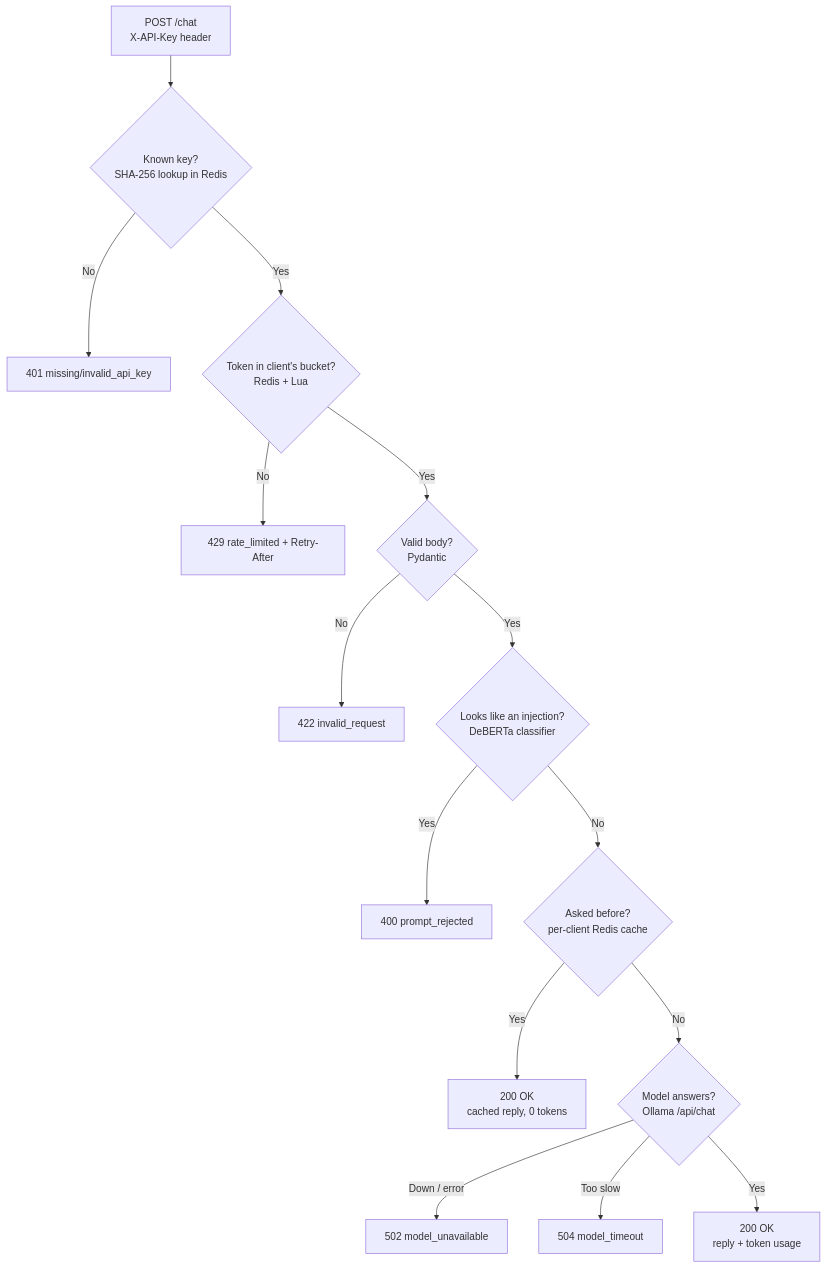
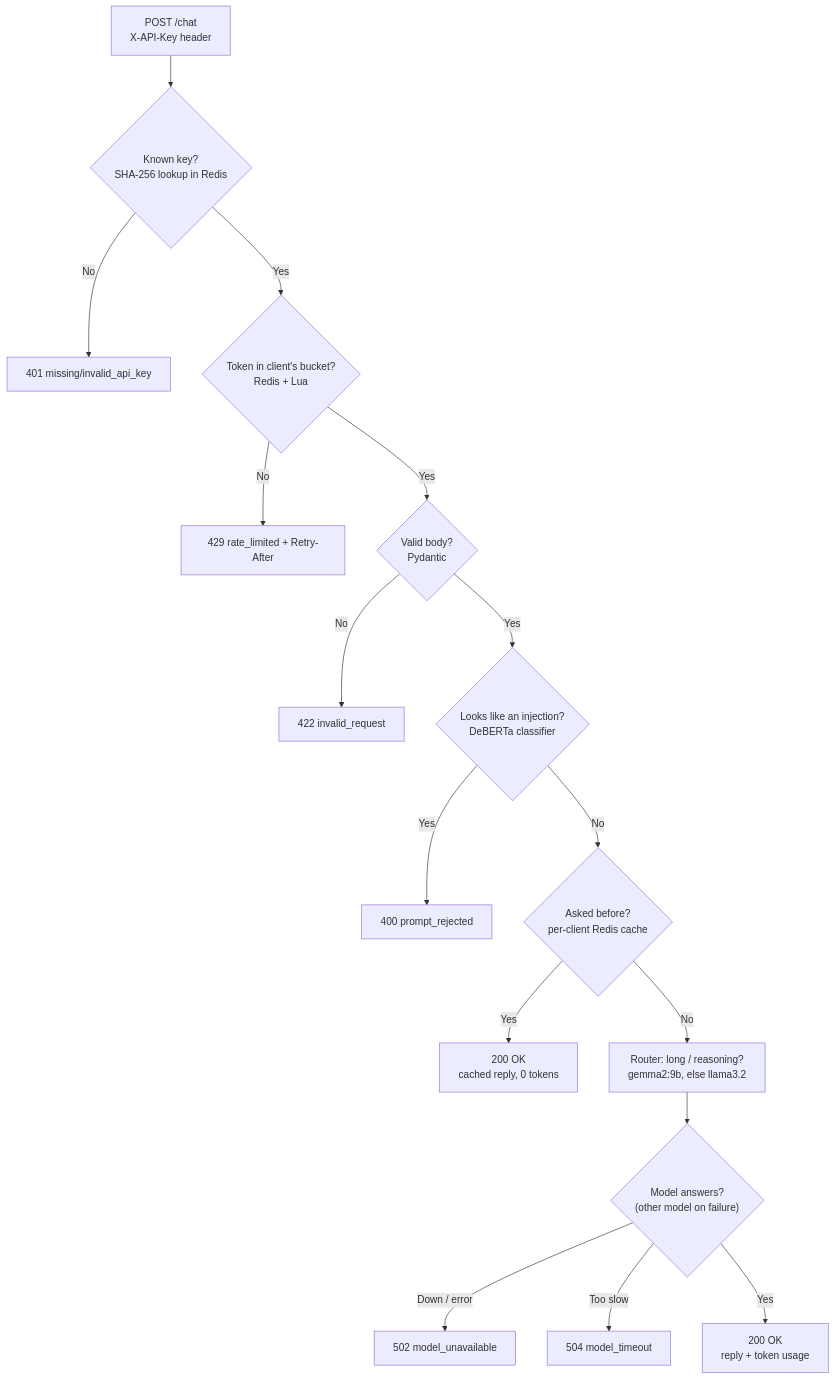
The first of 2 diagrams in README.md (ChingangbamDpakAngom/aegis-gateway), drawn with Mermaid before and after one commit. The commit also changed other lines of this file and 9 other files, not shown here.

First line of the commit message:
phase6: rule-based model router with per-model timeouts and fallback

````diff
--- a/README.md
+++ b/README.md
@@ -42,17 +42,18 @@
 ```mermaid
 flowchart TD
     A["POST /chat<br/>X-API-Key header"] --> B{"Known key?<br/>SHA-256 lookup in Redis"}
     B -->|"No"| X["401 missing/invalid_api_key"]
     B -->|"Yes"| C{"Token in client's bucket?<br/>Redis + Lua"}
     C -->|"No"| Y["429 rate_limited + Retry-After"]
     C -->|"Yes"| D{"Valid body?<br/>Pydantic"}
     D -->|"No"| Z["422 invalid_request"]
     D -->|"Yes"| G{"Looks like an injection?<br/>DeBERTa classifier"}
     G -->|"Yes"| R["400 prompt_rejected"]
     G -->|"No"| K{"Asked before?<br/>per-client Redis cache"}
     K -->|"Yes"| H["200 OK<br/>cached reply, 0 tokens"]
-    K -->|"No"| M{"Model answers?<br/>Ollama /api/chat"}
+    K -->|"No"| RT["Router: long / reasoning?<br/>gemma2:9b, else llama3.2"]
+    RT --> M{"Model answers?<br/>(other model on failure)"}
     M -->|"Down / error"| W["502 model_unavailable"]
     M -->|"Too slow"| T["504 model_timeout"]
     M -->|"Yes"| E["200 OK<br/>reply + token usage"]
 ```
````
